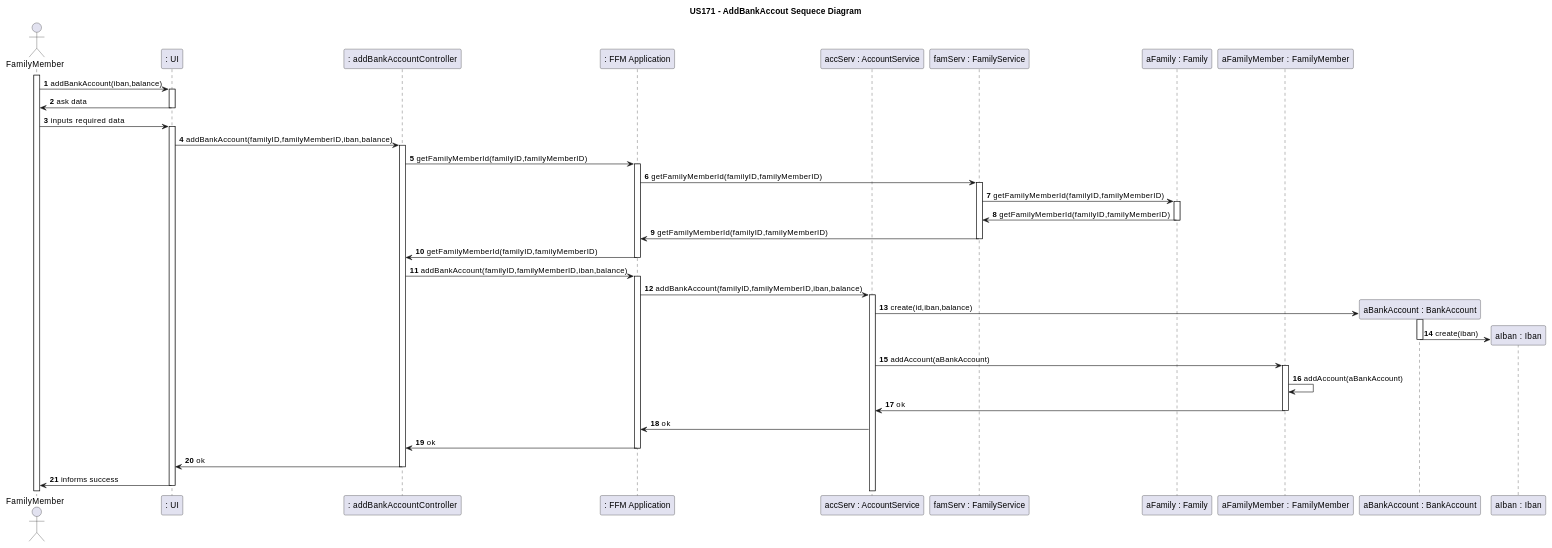
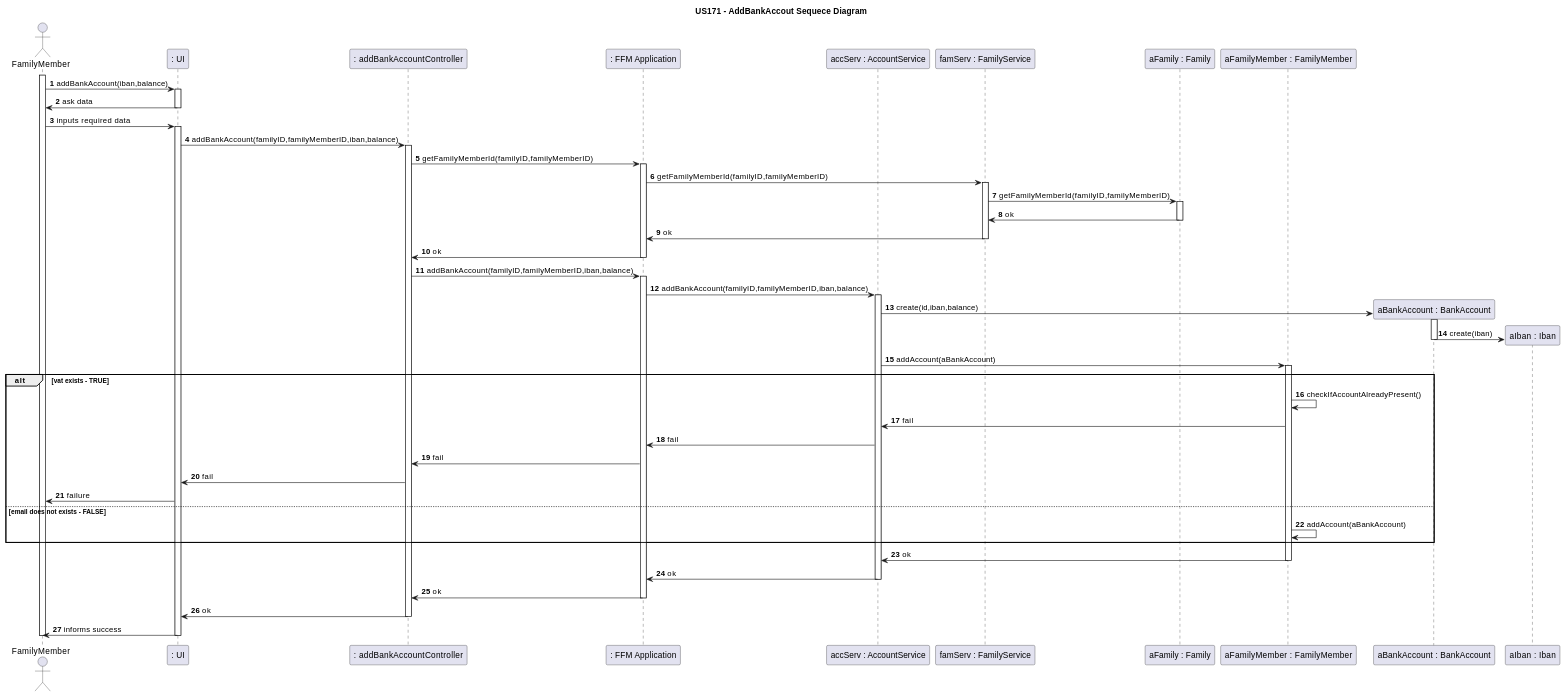
One commit to tomas-osswald/switch_2020_g3 changed the second of 2 diagrams in docs/sprint1/user_stories/US171_AddBankAccount.md. Above: the diagram before and after it, drawn with PlantUML.

Commit message:
fix sequence diagram

`````diff
--- a/docs/sprint1/user_stories/US171_AddBankAccount.md
+++ b/docs/sprint1/user_stories/US171_AddBankAccount.md
@@ -68,64 +68,76 @@
 ````puml
 @startuml
 autonumber
 title US171 - AddBankAccout Sequece Diagram
 
 actor "FamilyMember" as actor
 participant ": UI" as UI
 participant ": addBankAccountController" as controller
 participant ": FFM Application" as app
 participant "accServ : AccountService" as accServ
 participant "famServ : FamilyService" as famService
 participant "aFamily : Family" as family
 participant "aFamilyMember : FamilyMember" as person
 participant "aBankAccount : BankAccount" as bankAcc
 participant "aIban : Iban" as iban
 
 activate actor
 actor -> UI: addBankAccount(iban,balance)
 activate UI
 UI -> actor: ask data
 deactivate UI
 actor -> UI: inputs required data
 activate UI
 UI -> controller: addBankAccount(familyID,familyMemberID,iban,balance)
 activate controller
 controller -> app: getFamilyMemberId(familyID,familyMemberID)
 activate app
 app -> famService: getFamilyMemberId(familyID,familyMemberID)
 activate famService
 famService -> family: getFamilyMemberId(familyID,familyMemberID)
 activate family
-family -> famService: getFamilyMemberId(familyID,familyMemberID)
+family -> famService: ok
 deactivate family
-famService -> app: getFamilyMemberId(familyID,familyMemberID)
+famService -> app: ok
 deactivate famService
-app -> controller: getFamilyMemberId(familyID,familyMemberID)
+app -> controller: ok
 deactivate app
 
 controller -> app: addBankAccount(familyID,familyMemberID,iban,balance)
 activate app
 app -> accServ: addBankAccount(familyID,familyMemberID,iban,balance)
 activate accServ
 
 accServ -> bankAcc **: create(id,iban,balance)
 activate bankAcc
 bankAcc -> iban **: create(iban)
 deactivate bankAcc
 
 accServ -> person: addAccount(aBankAccount)
 activate person
+
+alt vat exists - TRUE
+  person -> person: checkIfAccountAlreadyPresent()
+  person -> accServ: fail
+  accServ -> app: fail
+  app -> controller: fail
+  controller -> UI: fail
+  UI -> actor: failure
+else email does not exists - FALSE
 person -> person: addAccount(aBankAccount)
+end
+
 person -> accServ: ok
 deactivate person
 accServ -> app: ok
-deactivate famService
+deactivate accServ
 app -> controller: ok
 deactivate app
 controller -> UI: ok
 deactivate controller
 UI -> actor: informs success
 deactivate UI
+deactivate actor
 
 @enduml
 ````
`````
